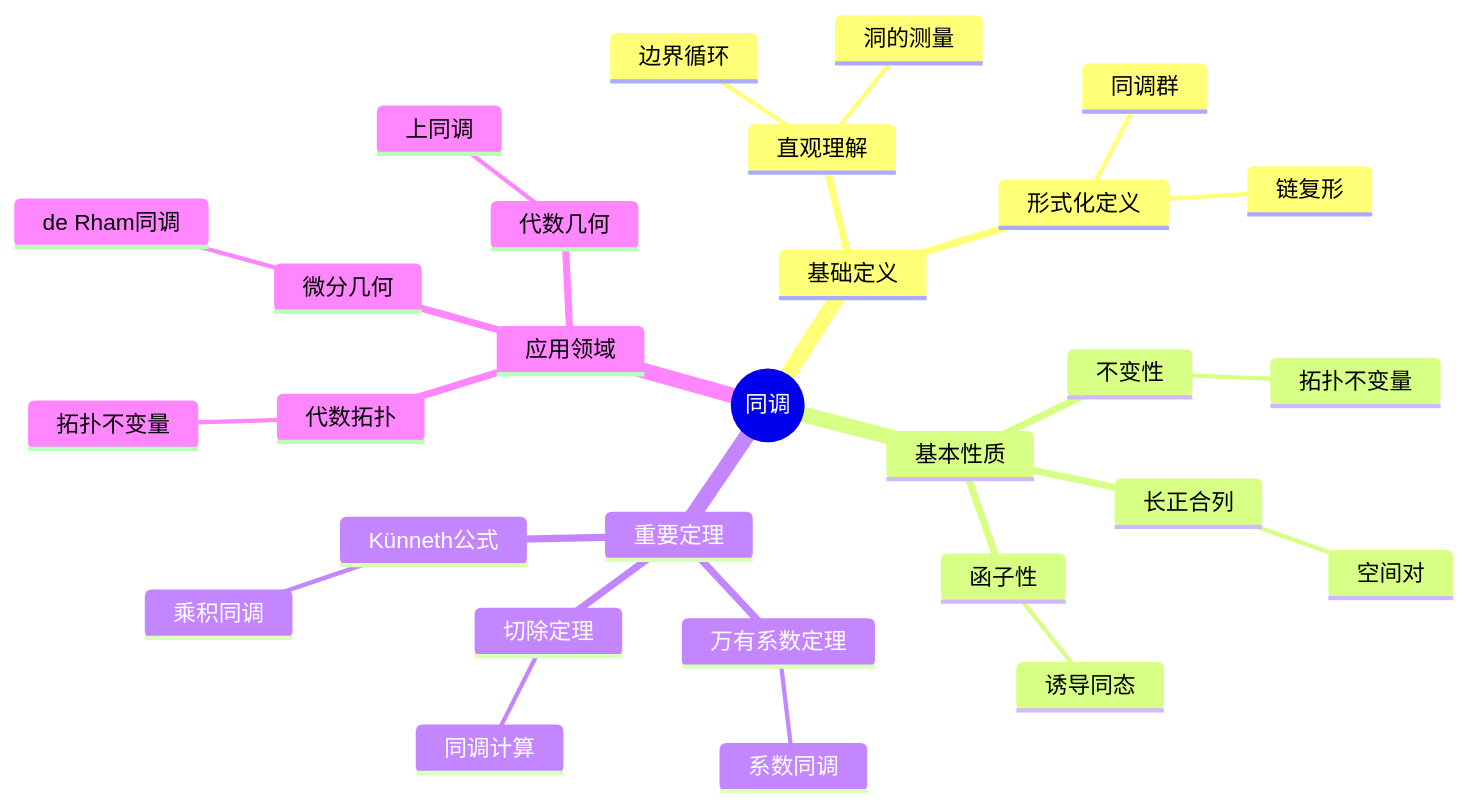
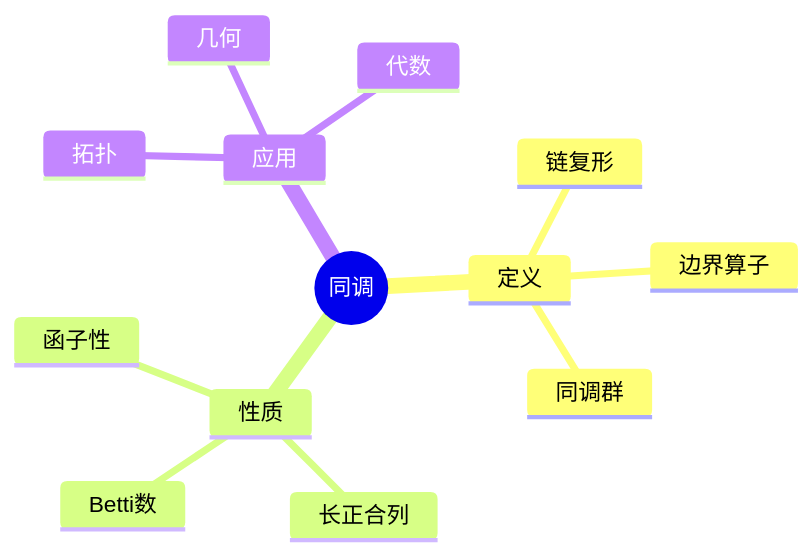
Before and after one commit to AdaMartin18010/FormalMath: the first of 10 diagrams in concept/核心概念/25-同调.md, drawn with Mermaid. The commit also changed other lines of this file and 4793 other files, not shown here.

````diff
--- a/concept/核心概念/25-同调.md
+++ b/concept/核心概念/25-同调.md
@@ -495,32 +1138,16 @@
 ```mermaid
 mindmap
   root((同调))
-    基础定义
-      直观理解
-        边界循环
-        洞的测量
-      形式化定义
-        链复形
-        同调群
-    基本性质
-      不变性
-        拓扑不变量
+    定义
+      链复形
+      边界算子
+      同调群
+    性质
       函子性
-        诱导同态
       长正合列
-        空间对
-    重要定理
-      切除定理
-        同调计算
-      万有系数定理
-        系数同调
-      Künneth公式
-        乘积同调
-    应用领域
-      代数拓扑
-        拓扑不变量
-      微分几何
-        de Rham同调
-      代数几何
-        上同调
+      Betti数
+    应用
+      拓扑
+      几何
+      代数
 ```
````
